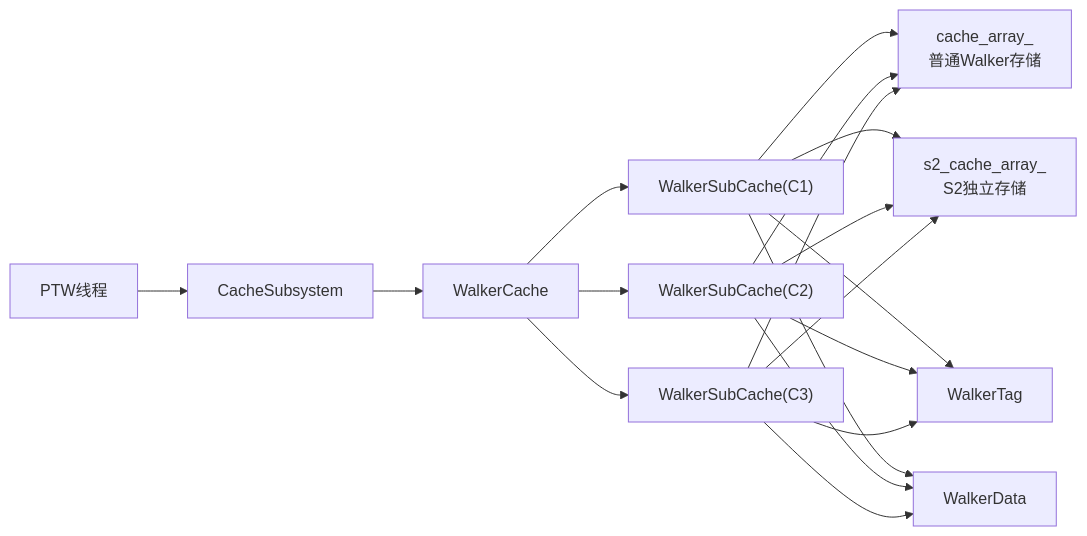
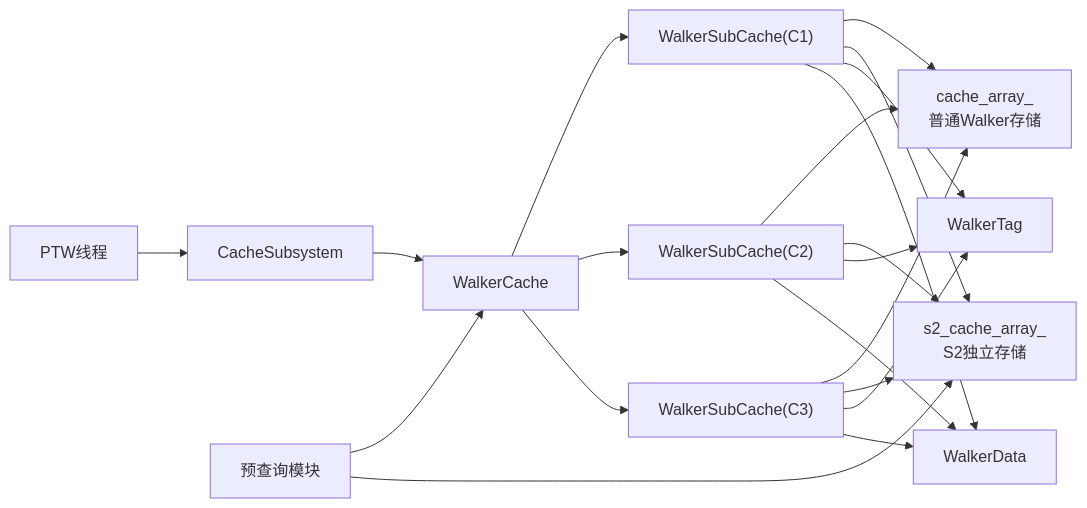
One commit to jiangjiang1122/iommu_model_20260401_v1 changed the eighth of 8 diagrams in .qoder/repowiki/zh/content/缓存系统/S2 Walker缓存设计文档.md. Above: the diagram before and after it, drawn with Mermaid. The commit also changed other lines of this file and 186 other files, not shown here.

````diff
--- a/.qoder/repowiki/zh/content/缓存系统/S2 Walker缓存设计文档.md
+++ b/.qoder/repowiki/zh/content/缓存系统/S2 Walker缓存设计文档.md
@@ -354,20 +392,22 @@
 ```mermaid
 graph LR
 PTW["PTW线程"] --> CS["CacheSubsystem"]
 CS --> WC["WalkerCache"]
 WC --> SC1["WalkerSubCache(C1)"]
 WC --> SC2["WalkerSubCache(C2)"]
 WC --> SC3["WalkerSubCache(C3)"]
 SC1 --> CACHE_ARR["cache_array_<br/>普通Walker存储"]
 SC1 --> S2_ARR["s2_cache_array_<br/>S2独立存储"]
 SC2 --> CACHE_ARR
 SC2 --> S2_ARR
 SC3 --> CACHE_ARR
 SC3 --> S2_ARR
 SC1 --> TAG["WalkerTag"]
 SC1 --> DATA["WalkerData"]
 SC2 --> TAG
 SC2 --> DATA
 SC3 --> TAG
 SC3 --> DATA
+PREF["预查询模块"] --> WC
+PREF --> S2_ARR
 ```
````
